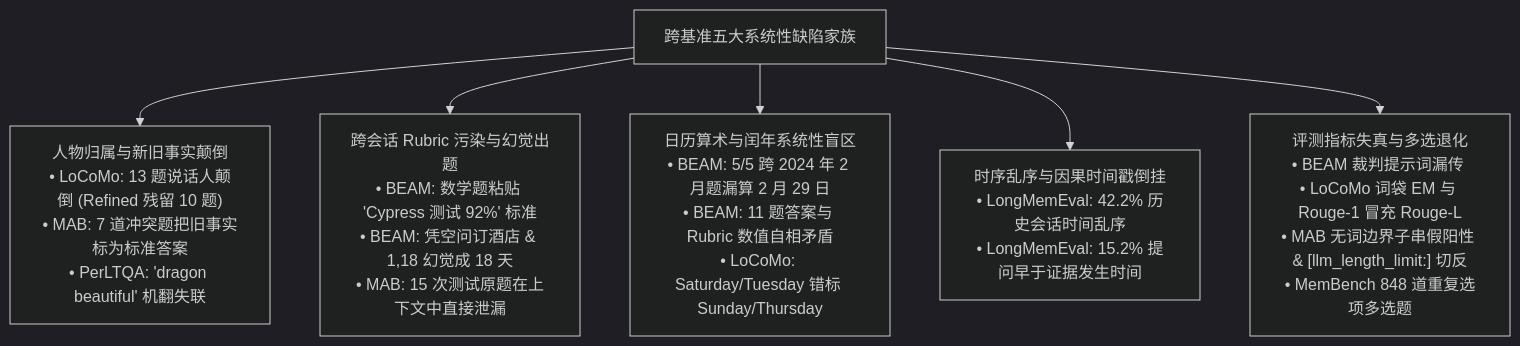
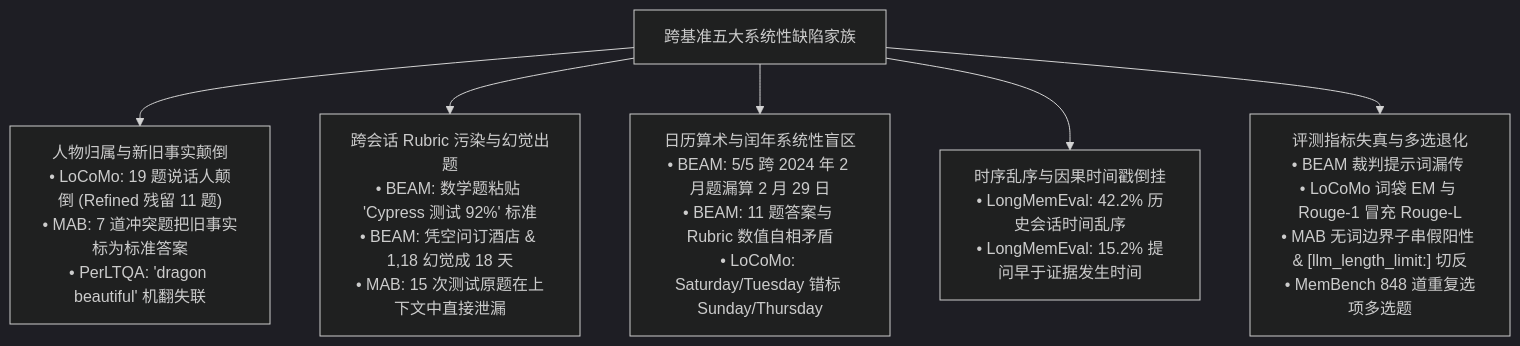
One commit to zxj0302/agent-memory-benchmark-audit changed the third of 3 diagrams in README_ZH.md. Above: the diagram before and after it, drawn with Mermaid (dark theme). The commit also changed other lines of this file and 10 other files, not shown here.

````diff
--- a/README_ZH.md
+++ b/README_ZH.md
@@ -123,9 +123,9 @@
 ```mermaid
 flowchart TD
     Tax["跨基准五大系统性缺陷家族"]
-    Tax --> F1["人物归属与新旧事实颠倒<br/>• LoCoMo: 13 题说话人颠倒 (Refined 残留 10 题)<br/>• MAB: 7 道冲突题把旧事实标为标准答案<br/>• PerLTQA: 'dragon beautiful' 机翻失联"]
+    Tax --> F1["人物归属与新旧事实颠倒<br/>• LoCoMo: 19 题说话人颠倒 (Refined 残留 11 题)<br/>• MAB: 7 道冲突题把旧事实标为标准答案<br/>• PerLTQA: 'dragon beautiful' 机翻失联"]
     Tax --> F2["跨会话 Rubric 污染与幻觉出题<br/>• BEAM: 数学题粘贴 'Cypress 测试 92%' 标准<br/>• BEAM: 凭空问订酒店 & 1,18 幻觉成 18 天<br/>• MAB: 15 次测试原题在上下文中直接泄漏"]
     Tax --> F3["日历算术与闰年系统性盲区<br/>• BEAM: 5/5 跨 2024 年 2 月题漏算 2 月 29 日<br/>• BEAM: 11 题答案与 Rubric 数值自相矛盾<br/>• LoCoMo: Saturday/Tuesday 错标 Sunday/Thursday"]
     Tax --> F4["时序乱序与因果时间戳倒挂<br/>• LongMemEval: 42.2% 历史会话时间乱序<br/>• LongMemEval: 15.2% 提问早于证据发生时间"]
     Tax --> F5["评测指标失真与多选退化<br/>• BEAM 裁判提示词漏传 <question><br/>• LoCoMo 词袋 EM 与 Rouge-1 冒充 Rouge-L<br/>• MAB 无词边界子串假阳性 & [llm_length_limit:] 切反<br/>• MemBench 848 道重复选项多选题"]
 ```
````
